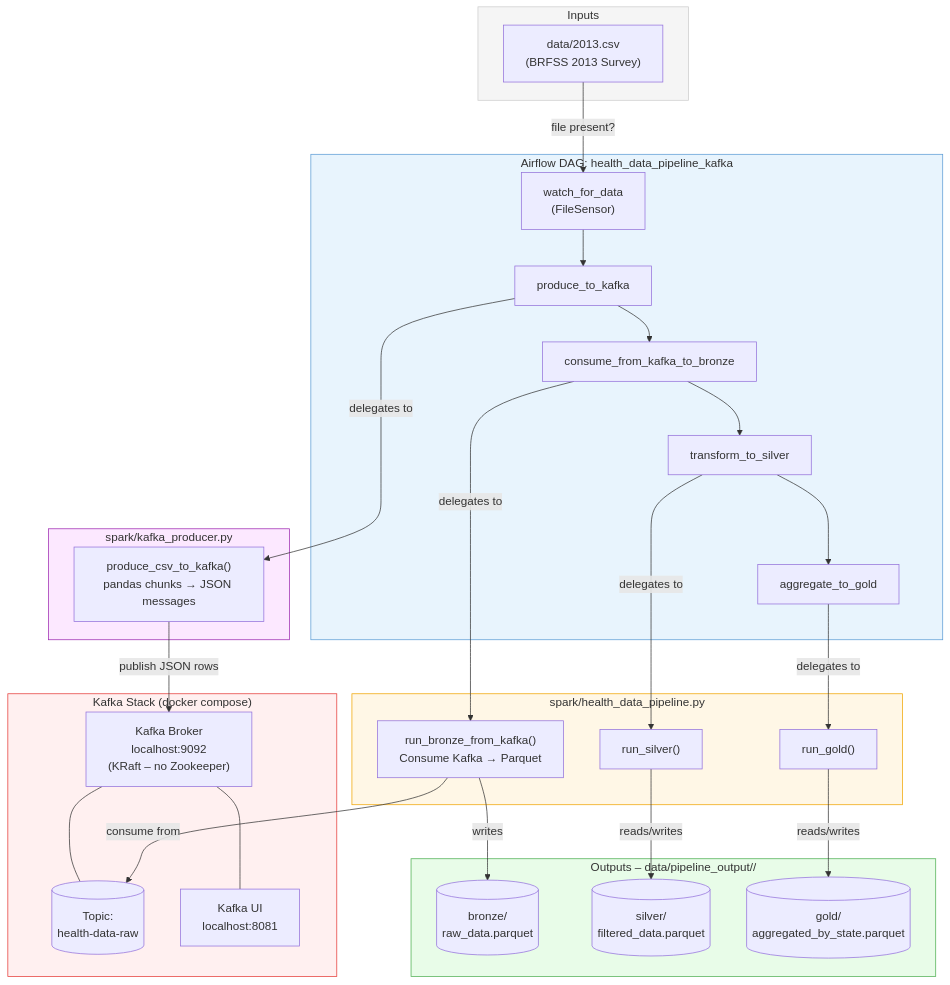
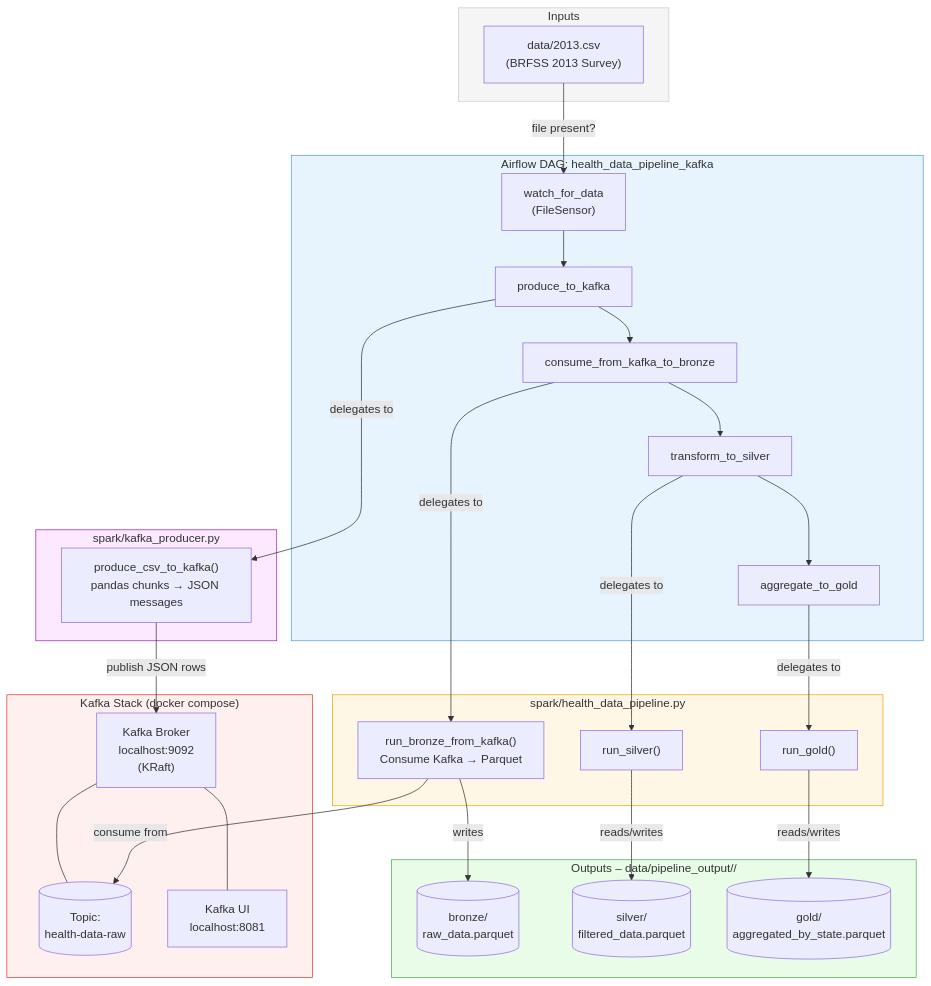
The second of 2 diagrams in README.md (justynadanielas/cdc-data-analysis), drawn with Mermaid before and after one commit. The commit also changed 3 other files, not shown here.

````diff
--- a/README.md
+++ b/README.md
@@ -92,57 +92,57 @@
 ```mermaid
 flowchart TD
     subgraph inputs["Inputs"]
         CSV["data/2013.csv<br/>(BRFSS 2013 Survey)"]
     end
 
     subgraph kafka_stack["Kafka Stack (docker compose)"]
-        BROKER["Kafka Broker<br/>localhost:9092<br/>(KRaft – no Zookeeper)"]
+        BROKER["Kafka Broker<br/>localhost:9092<br/>(KRaft)"]
         TOPIC[("Topic:<br/>health-data-raw")]
         UI["Kafka UI<br/>localhost:8081"]
         BROKER --- TOPIC
         BROKER --- UI
     end
 
     subgraph orchestration["Airflow DAG: health_data_pipeline_kafka"]
         FS["watch_for_data<br/>(FileSensor)"]
         P["produce_to_kafka"]
         C["consume_from_kafka_to_bronze"]
         T2["transform_to_silver"]
         T3["aggregate_to_gold"]
         FS --> P --> C --> T2 --> T3
     end
 
     subgraph producer_module["spark/kafka_producer.py"]
         PROD["produce_csv_to_kafka()<br/>pandas chunks → JSON messages"]
     end
 
     subgraph spark_module["spark/health_data_pipeline.py"]
         S1K["run_bronze_from_kafka()<br/>Consume Kafka → Parquet"]
         S2["run_silver()"]
         S3["run_gold()"]
     end
 
     subgraph storage["Outputs – data/pipeline_output/<run_id>/"]
         B[("bronze/<br/>raw_data.parquet")]
         SL[("silver/<br/>filtered_data.parquet")]
         G[("gold/<br/>aggregated_by_state.parquet")]
     end
 
     CSV -- "file present?" --> FS
     P -- "delegates to" --> PROD
     PROD -- "publish JSON rows" --> BROKER
     C -- "delegates to" --> S1K
     S1K -- "consume from" --> TOPIC
     T2 -- "delegates to" --> S2
     T3 -- "delegates to" --> S3
     S1K -- "writes" --> B
     S2 -- "reads/writes" --> SL
     S3 -- "reads/writes" --> G
 
     style inputs fill:#f5f5f5,stroke:#ccc
     style kafka_stack fill:#fff0f0,stroke:#e53935
     style orchestration fill:#e8f4fd,stroke:#5b9bd5
     style producer_module fill:#fce8ff,stroke:#9c27b0
     style spark_module fill:#fff7e6,stroke:#f0a500
     style storage fill:#e8fce8,stroke:#4caf50
 ```
````
